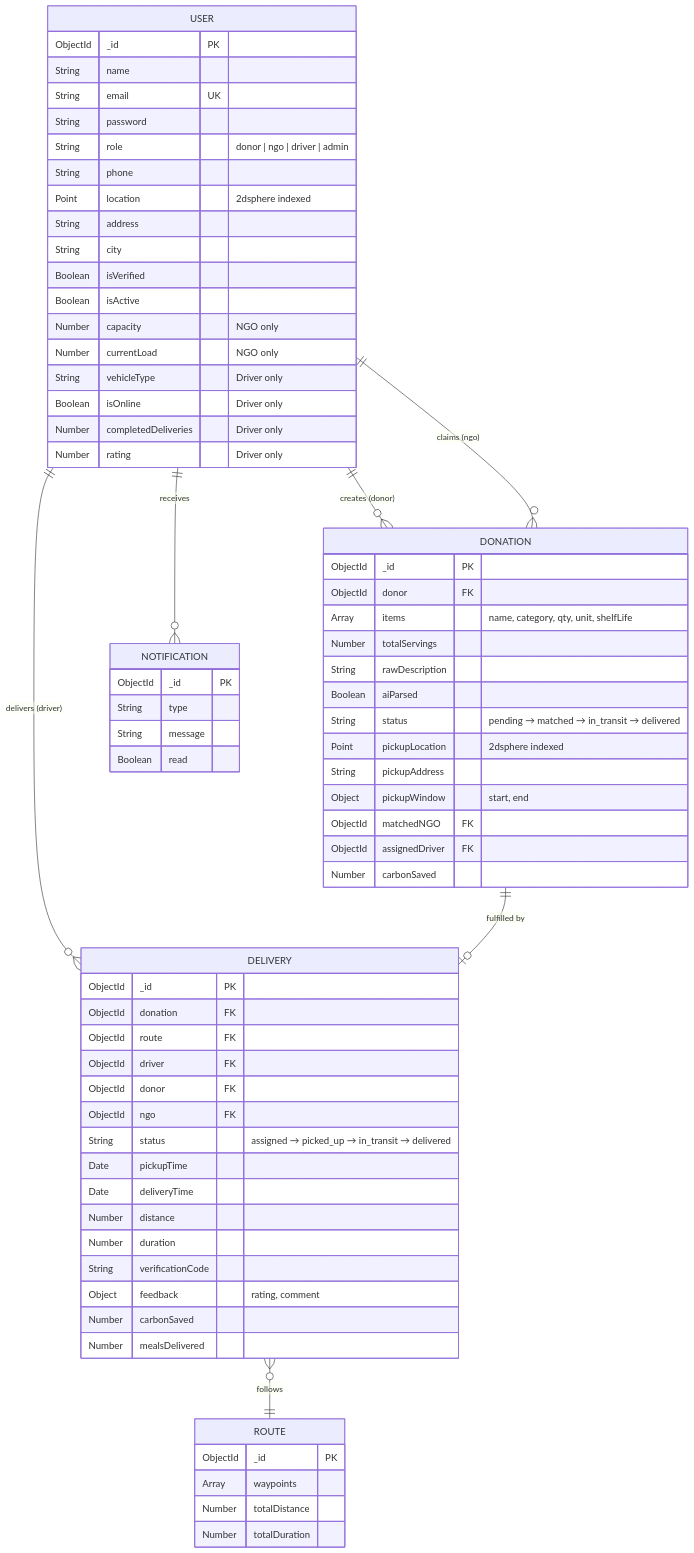
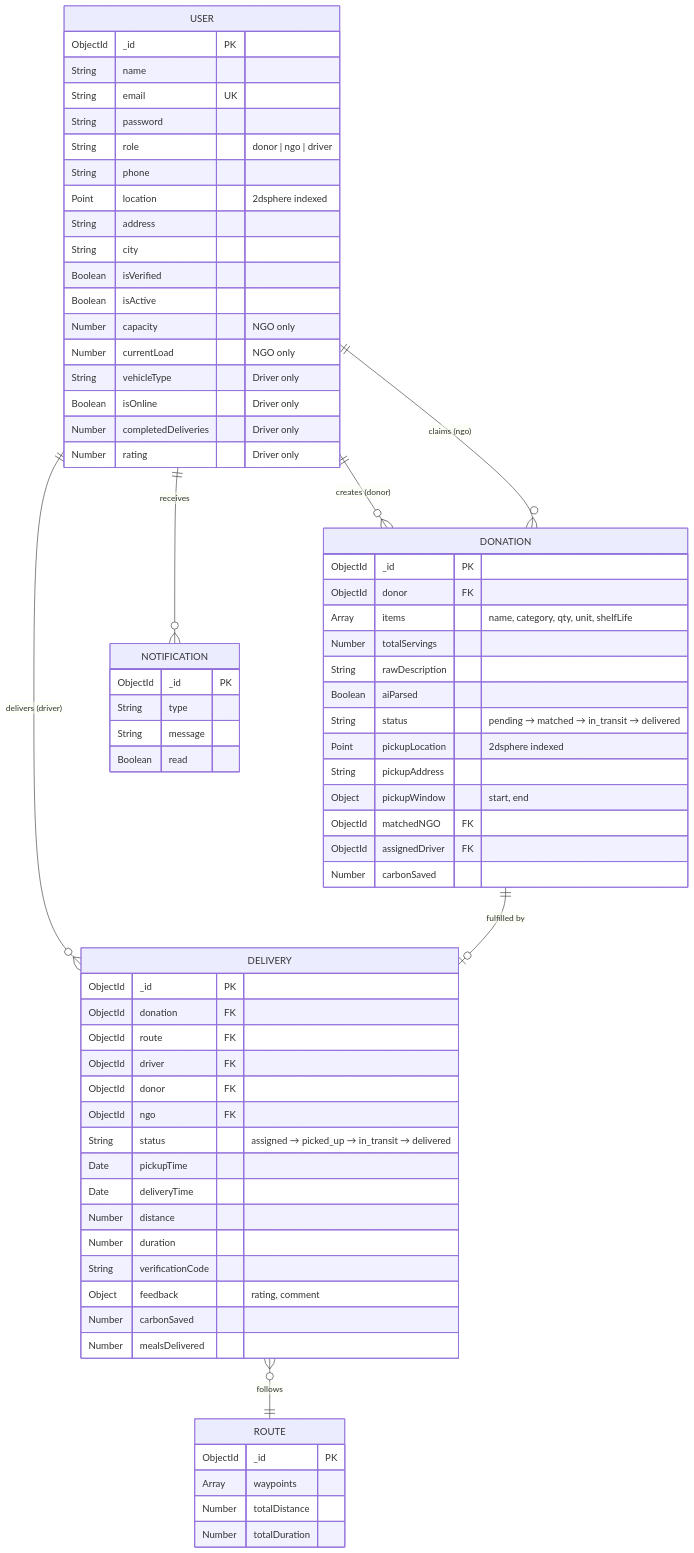
One commit to KrishPrajapati1346/AfterHourr changed the second of 7 diagrams in README.md. Above: the diagram before and after it, drawn with Mermaid. The commit also changed other lines of this file, not shown here.

Commit message:
Update README to accurately remove Admin role

````diff
--- a/README.md
+++ b/README.md
@@ -248,77 +248,77 @@
 ```mermaid
 erDiagram
     USER {
         ObjectId _id PK
         String name
         String email UK
         String password
-        String role "donor | ngo | driver | admin"
+        String role "donor | ngo | driver"
         String phone
         Point location "2dsphere indexed"
         String address
         String city
         Boolean isVerified
         Boolean isActive
         Number capacity "NGO only"
         Number currentLoad "NGO only"
         String vehicleType "Driver only"
         Boolean isOnline "Driver only"
         Number completedDeliveries "Driver only"
         Number rating "Driver only"
     }
 
     DONATION {
         ObjectId _id PK
         ObjectId donor FK
         Array items "name, category, qty, unit, shelfLife"
         Number totalServings
         String rawDescription
         Boolean aiParsed
         String status "pending → matched → in_transit → delivered"
         Point pickupLocation "2dsphere indexed"
         String pickupAddress
         Object pickupWindow "start, end"
         ObjectId matchedNGO FK
         ObjectId assignedDriver FK
         Number carbonSaved
     }
 
     DELIVERY {
         ObjectId _id PK
         ObjectId donation FK
         ObjectId route FK
         ObjectId driver FK
         ObjectId donor FK
         ObjectId ngo FK
         String status "assigned → picked_up → in_transit → delivered"
         Date pickupTime
         Date deliveryTime
         Number distance
         Number duration
         String verificationCode
         Object feedback "rating, comment"
         Number carbonSaved
         Number mealsDelivered
     }
 
     NOTIFICATION {
         ObjectId _id PK
         String type
         String message
         Boolean read
     }
 
     ROUTE {
         ObjectId _id PK
         Array waypoints
         Number totalDistance
         Number totalDuration
     }
 
     USER ||--o{ DONATION : "creates (donor)"
     USER ||--o{ DONATION : "claims (ngo)"
     USER ||--o{ DELIVERY : "delivers (driver)"
     DONATION ||--o| DELIVERY : "fulfilled by"
     DELIVERY }o--|| ROUTE : "follows"
     USER ||--o{ NOTIFICATION : "receives"
 ```
````
